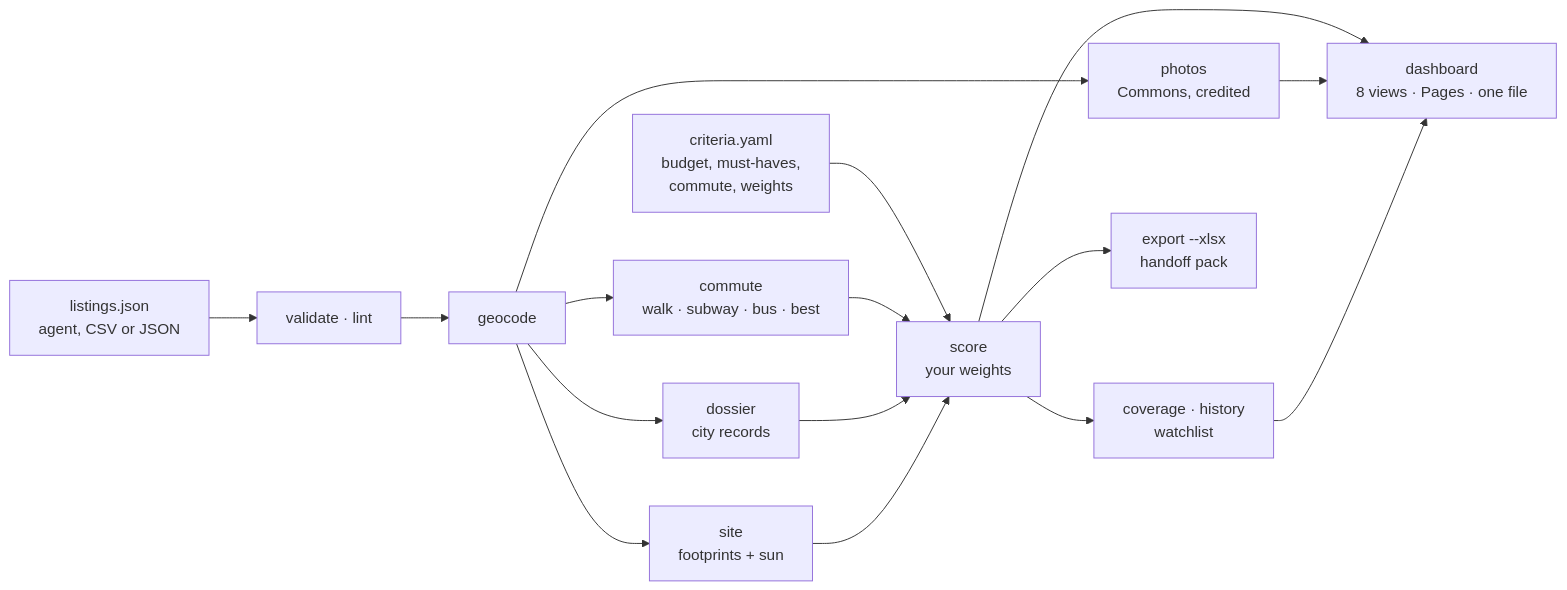
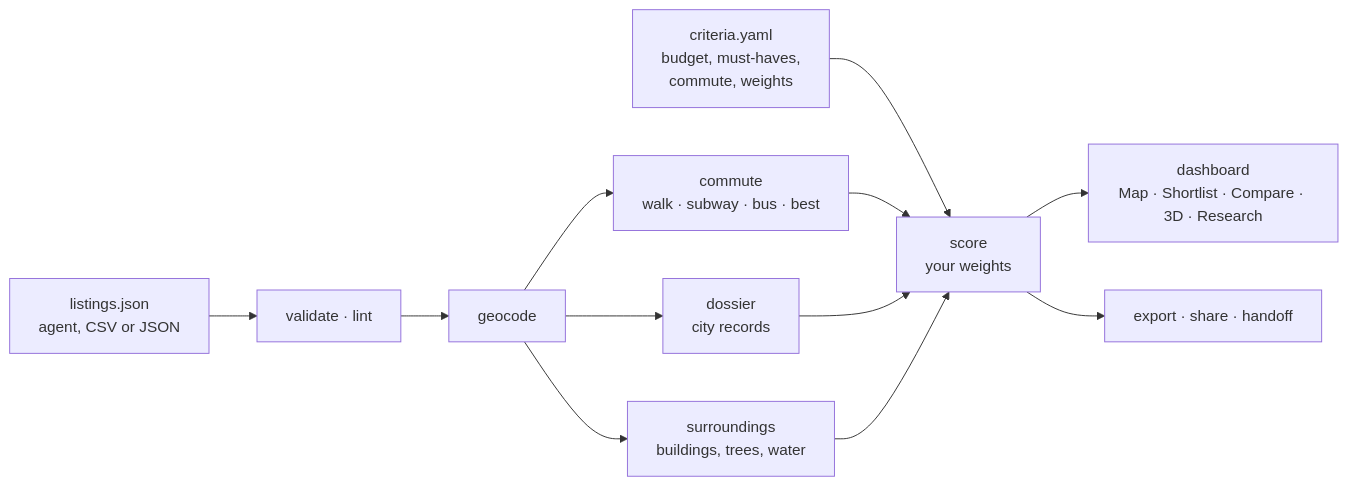
One commit to 0marm0/ApartmentScout changed the diagram in README.md. Above: the diagram before and after it, drawn with Mermaid. The commit also changed other lines of this file, not shown here.

First line of the commit message:
docs: rewrite the README around one hero, a grid of what you get and the quick start

````diff
--- a/README.md
+++ b/README.md
@@ -160,18 +107,14 @@
 ```mermaid
 flowchart LR
   A[criteria.yaml<br>budget, must-haves,<br>commute, weights] --> S
   B[listings.json<br>agent, CSV or JSON] --> Q[validate · lint]
   Q --> G[geocode]
   G --> C[commute<br>walk · subway · bus · best]
   G --> R[dossier<br>city records]
-  G --> P[photos<br>Commons, credited]
-  G --> V[site<br>footprints + sun]
+  G --> V[surroundings<br>buildings, trees, water]
   C --> S[score<br>your weights]
   R --> S
   V --> S
-  S --> K[coverage · history<br>watchlist]
-  S --> D[dashboard<br>8 views · Pages · one file]
-  P --> D
-  K --> D
-  S --> X[export --xlsx<br>handoff pack]
+  S --> D[dashboard<br>Map · Shortlist · Compare · 3D · Research]
+  S --> X[export · share · handoff]
 ```
````
